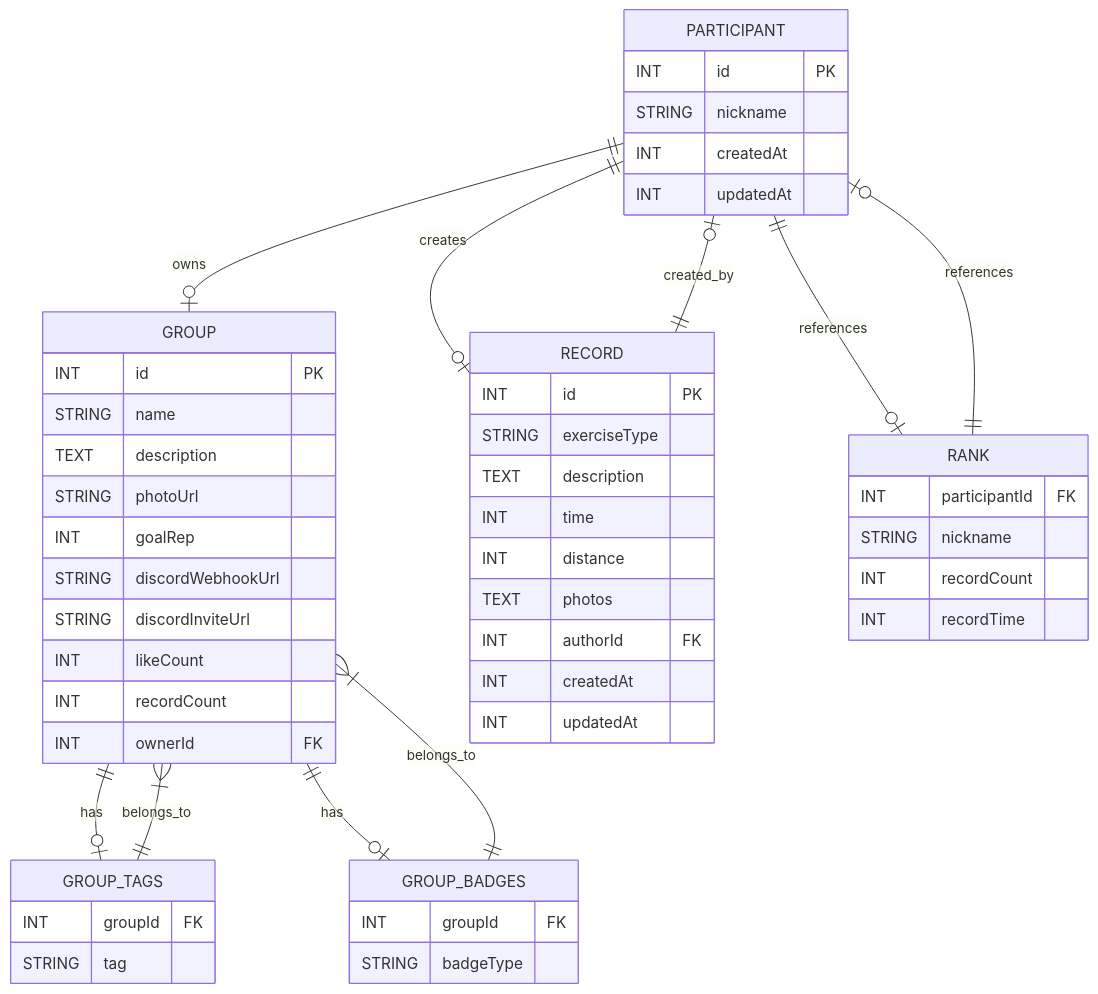
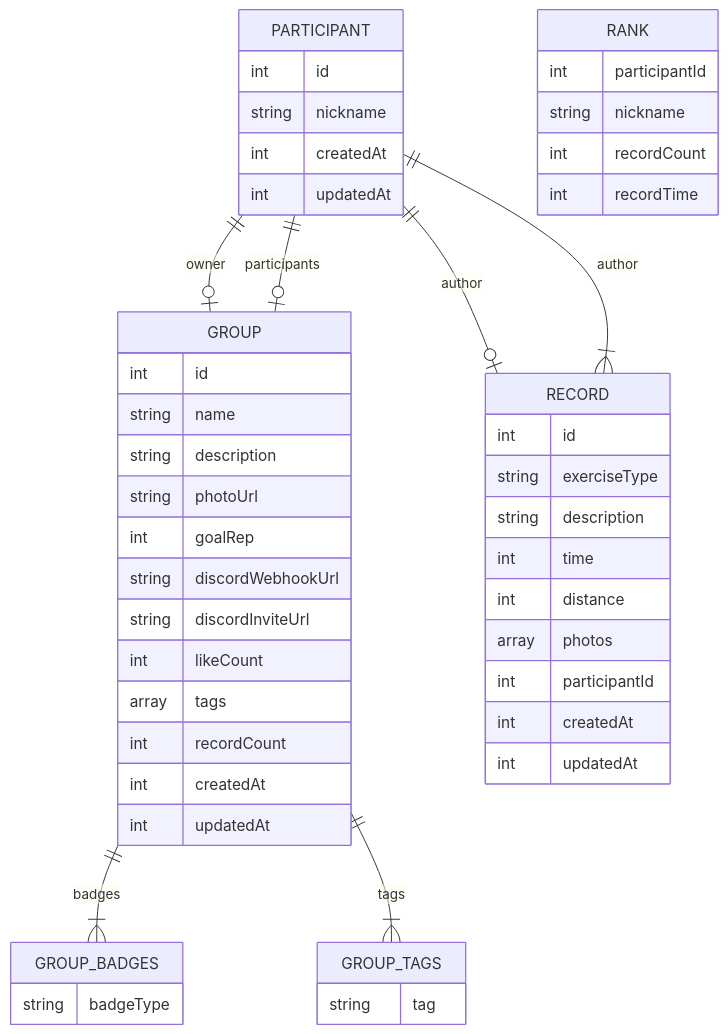
Before and after one commit to funfungun/mermaid: the diagram in README.md, drawn with Mermaid.

````diff
--- a/README.md
+++ b/README.md
@@ -1,61 +1,55 @@
 ```mermaid
 erDiagram
     PARTICIPANT {
-        INT id PK
-        STRING nickname
-        INT createdAt
-        INT updatedAt
+        int id
+        string nickname
+        int createdAt
+        int updatedAt
     }
-    
     GROUP {
-        INT id PK
-        STRING name
-        TEXT description
-        STRING photoUrl
-        INT goalRep
-        STRING discordWebhookUrl
-        STRING discordInviteUrl
-        INT likeCount
-        INT recordCount
-        INT ownerId FK
+        int id
+        string name
+        string description
+        string photoUrl
+        int goalRep
+        string discordWebhookUrl
+        string discordInviteUrl
+        int likeCount
+        array tags
+        int recordCount
+        int createdAt
+        int updatedAt
+    }
+    RECORD {
+        int id
+        string exerciseType
+        string description
+        int time
+        int distance
+        array photos
+        int participantId
+        int createdAt
+        int updatedAt
+    }
+    RANK {
+        int participantId
+        string nickname
+        int recordCount
+        int recordTime
+    }
+
+    PARTICIPANT ||--o| GROUP : "owner"
+    PARTICIPANT ||--o| GROUP : "participants"
+    PARTICIPANT ||--o| RECORD : "author"
+    GROUP ||--|{ GROUP_BADGES : "badges"
+    GROUP ||--|{ GROUP_TAGS : "tags"
+    RECORD }|--|| PARTICIPANT : "author"
+
+    GROUP_BADGES {
+        string badgeType
     }
 
     GROUP_TAGS {
-        INT groupId FK
-        STRING tag
+        string tag
     }
-
-    GROUP_BADGES {
-        INT groupId FK
-        STRING badgeType
-    }
-
-    RECORD {
-        INT id PK
-        STRING exerciseType
-        TEXT description
-        INT time
-        INT distance
-        TEXT photos
-        INT authorId FK
-        INT createdAt
-        INT updatedAt
-    }
-
-    RANK {
-        INT participantId FK
-        STRING nickname
-        INT recordCount
-        INT recordTime
-    }
-
-    PARTICIPANT ||--o| GROUP : owns
-    PARTICIPANT ||--o| RECORD : creates
-    PARTICIPANT ||--o| RANK : references
-    GROUP ||--o| GROUP_TAGS : has
-    GROUP ||--o| GROUP_BADGES : has
-    GROUP_TAGS ||--|{ GROUP : belongs_to
-    GROUP_BADGES ||--|{ GROUP : belongs_to
-    RECORD ||--o| PARTICIPANT : created_by
-    RANK ||--o| PARTICIPANT : references
 ```
````
